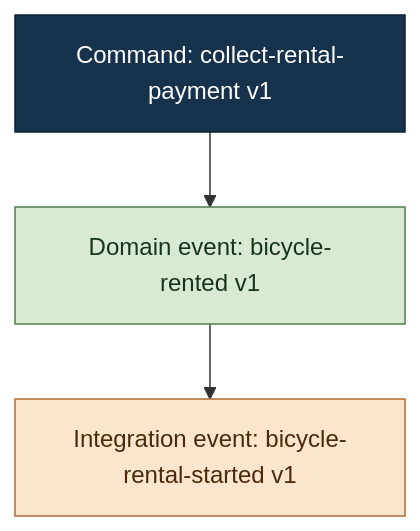
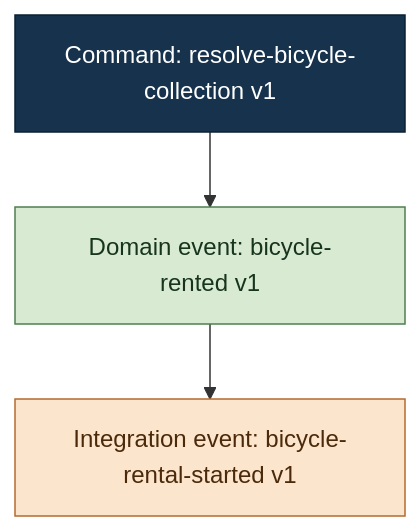
The diagram in .agents/skills/rostfrei-tracer/SKILL.md (elbLabs/rostfrei), drawn with Mermaid before and after one commit. The commit also changed 434 other files, not shown here.

````diff
--- a/.agents/skills/rostfrei-tracer/SKILL.md
+++ b/.agents/skills/rostfrei-tracer/SKILL.md
@@ -409,14 +409,14 @@
 ```mermaid
 flowchart TD
-  n0["Command: collect-rental-payment v1"]
+  n0["Command: resolve-bicycle-collection v1"]
   n1["Domain event: bicycle-rented v1"]
   n2["Integration event: bicycle-rental-started v1"]
   n0 --> n1
   n1 --> n2
   class n0 command
   class n1 domainEvent
   class n2 integrationEvent
   classDef command fill:#17324d,color:#ffffff,stroke:#0b1f33
   classDef domainEvent fill:#d9ead3,color:#17351d,stroke:#4f7d4f
   classDef integrationEvent fill:#fce5cd,color:#4a2a0a,stroke:#b26b2f
 ```
````
